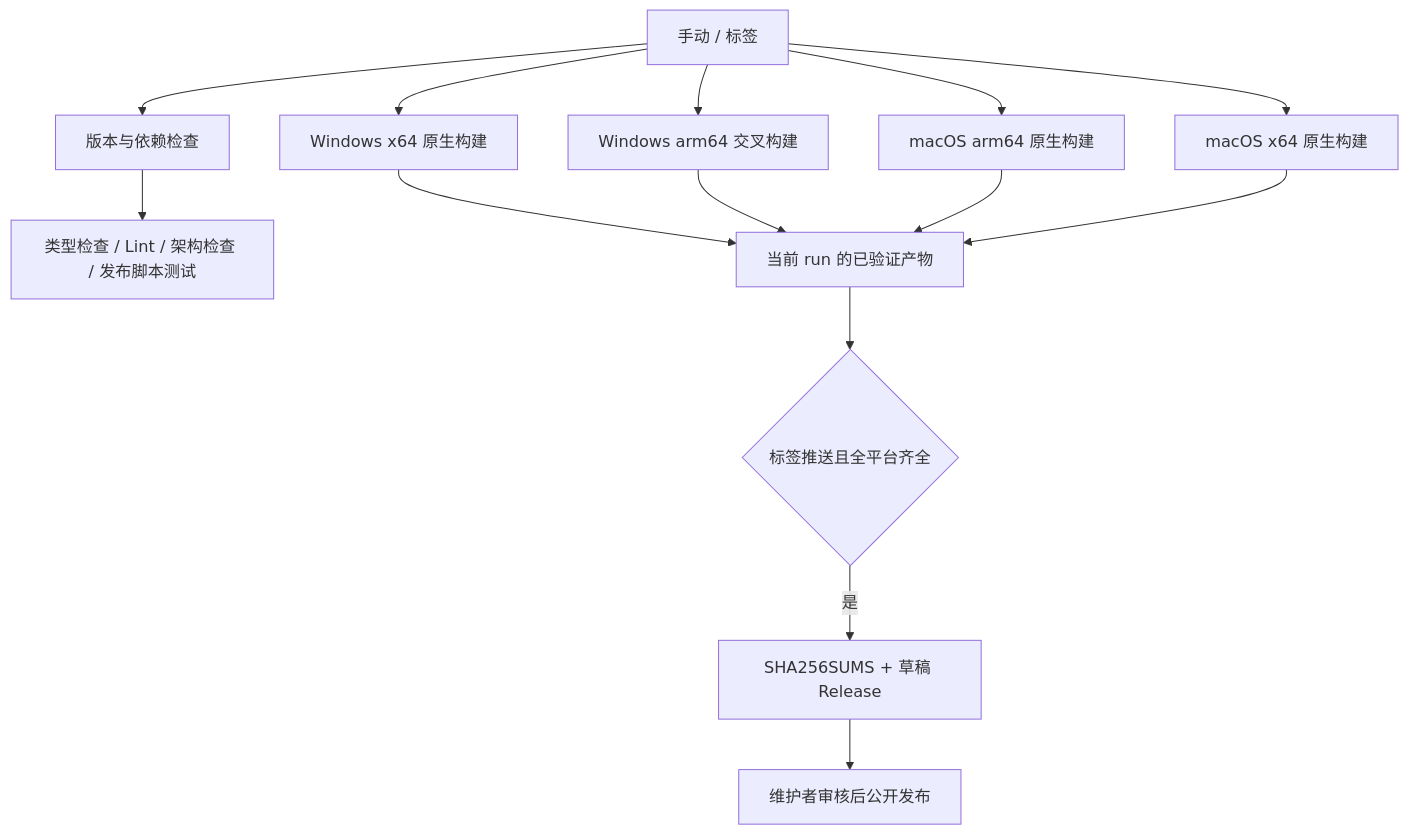
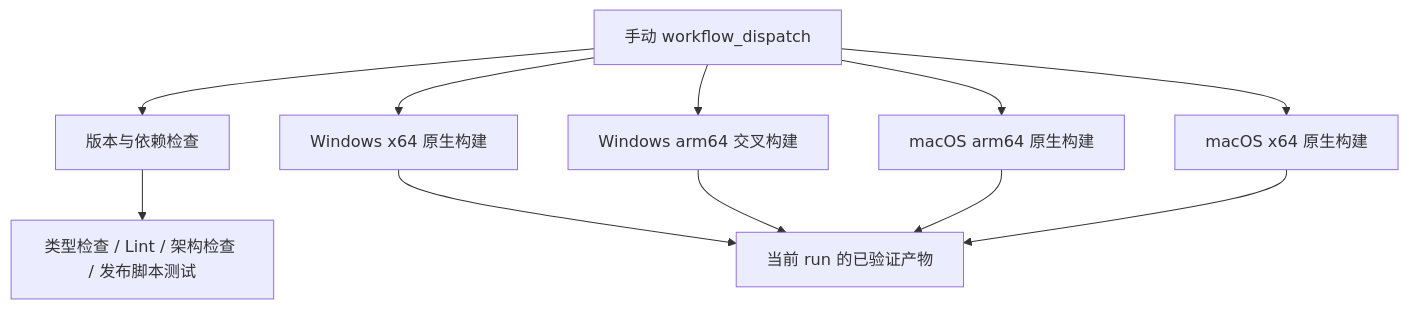
One commit to No-ni/ZCodium changed the diagram in .agents/specs/desktop-ci-release.md. Above: the diagram before and after it, drawn with Mermaid. The commit also changed other lines of this file and 72 other files, not shown here.

````diff
--- a/.agents/specs/desktop-ci-release.md
+++ b/.agents/specs/desktop-ci-release.md
@@ -23,16 +21,13 @@
 ```mermaid
 flowchart TD
-  A[手动 / 标签] --> B[版本与依赖检查]
+  A[手动 workflow_dispatch] --> B[版本与依赖检查]
   B --> C[类型检查 / Lint / 架构检查 / 发布脚本测试]
   A --> F[Windows x64 原生构建]
   A --> G[Windows arm64 交叉构建]
   A --> H[macOS arm64 原生构建]
   A --> X[macOS x64 原生构建]
   F --> I[当前 run 的已验证产物]
   G --> I
   H --> I
   X --> I
-  I --> J{标签推送且全平台齐全}
-  J -->|是| K[SHA256SUMS + 草稿 Release]
-  K --> L[维护者审核后公开发布]
 ```
````
